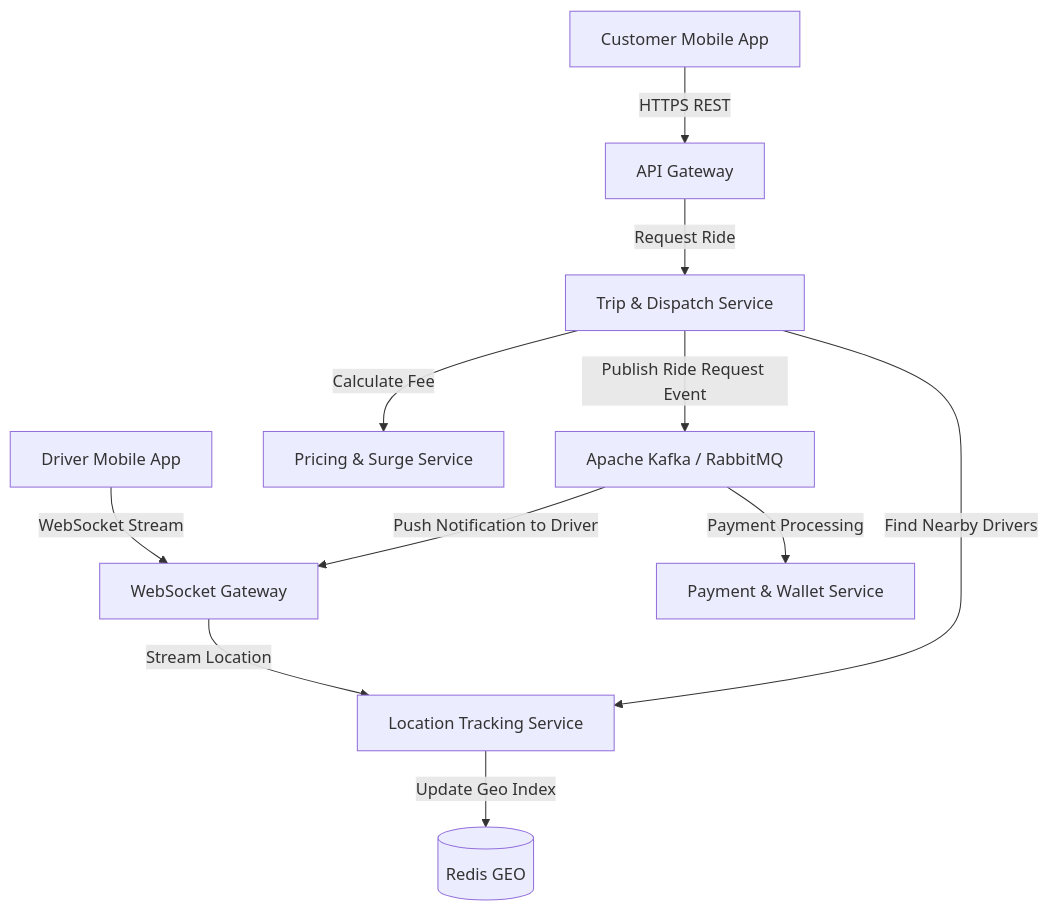
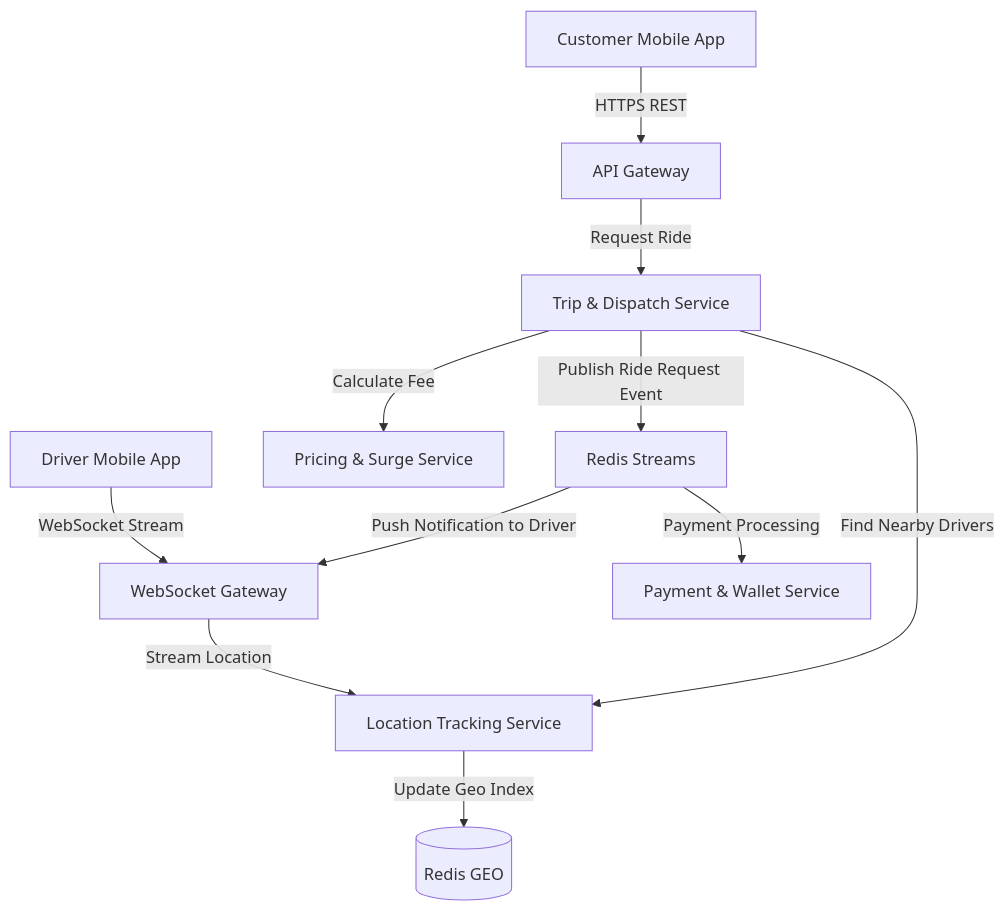
One commit to Cunos982003/IOC_PTH251125_BE105_LeTuanCuong_Project changed the diagram in README.md. Above: the diagram before and after it, drawn with Mermaid. The commit also changed other lines of this file and 9 other files, not shown here.

Commit message:
fix dispatch-service and payment-service

````diff
--- a/README.md
+++ b/README.md
@@ -69,17 +202,17 @@
 ```mermaid
 flowchart TD
     DriverApp["Driver Mobile App"] -->|"WebSocket Stream"| WSGateway["WebSocket Gateway"]
     CustomerApp["Customer Mobile App"] -->|"HTTPS REST"| APIGateway["API Gateway"]
 
     WSGateway -->|"Stream Location"| LocationService["Location Tracking Service"]
     LocationService -->|"Update Geo Index"| RedisGeo[("Redis GEO")]
 
     APIGateway -->|"Request Ride"| DispatchService["Trip & Dispatch Service"]
     DispatchService -->|"Calculate Fee"| PricingService["Pricing & Surge Service"]
-    
+
     DispatchService -->|"Find Nearby Drivers"| LocationService
-    DispatchService -->|"Publish Ride Request Event"| Kafka["Apache Kafka / RabbitMQ"]
+    DispatchService -->|"Publish Ride Request Event"| EventStream["Redis Streams"]
 
-    Kafka -->|"Push Notification to Driver"| WSGateway
-    Kafka -->|"Payment Processing"| PaymentService["Payment & Wallet Service"]
+    EventStream -->|"Push Notification to Driver"| WSGateway
+    EventStream -->|"Payment Processing"| PaymentService["Payment & Wallet Service"]
 ```
````
